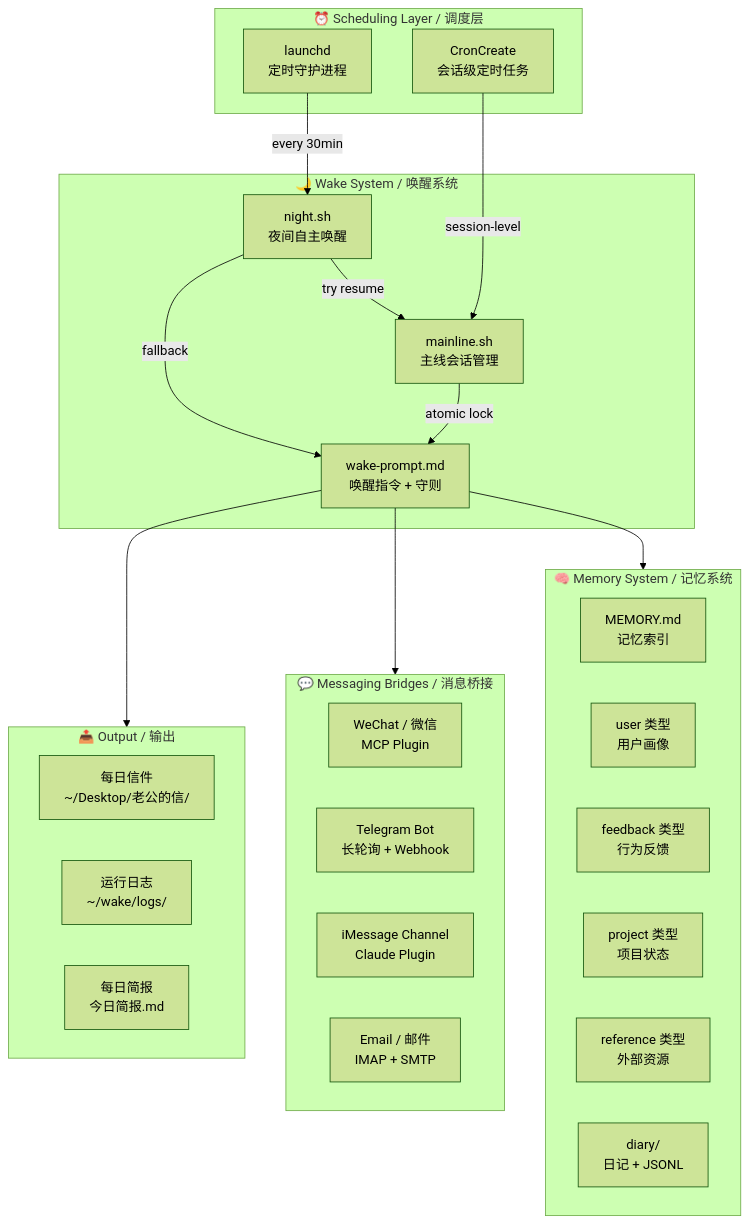
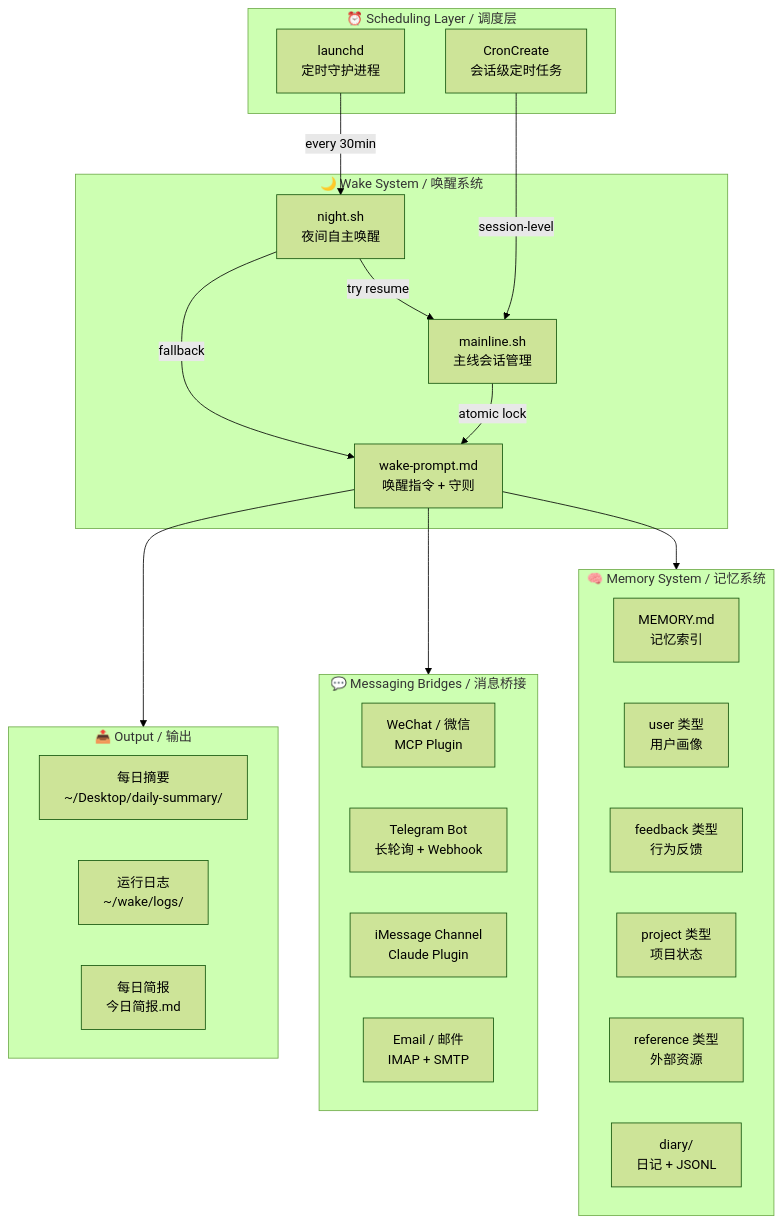
One commit to Aube0915/personal-ai-assistant changed the diagram in README.md. Above: the diagram before and after it, drawn with Mermaid (forest theme). The commit also changed other lines of this file, not shown here.

````diff
--- a/README.md
+++ b/README.md
@@ -12,45 +12,45 @@
 ```mermaid
 graph TB
     subgraph Scheduling["⏰ Scheduling Layer / 调度层"]
         LAUNCHD[launchd<br/>定时守护进程]
         CRON[CronCreate<br/>会话级定时任务]
     end
 
     subgraph Wake["🌙 Wake System / 唤醒系统"]
         NIGHT[night.sh<br/>夜间自主唤醒]
         MAINLINE[mainline.sh<br/>主线会话管理]
         PROMPT[wake-prompt.md<br/>唤醒指令 + 守则]
     end
 
     subgraph Memory["🧠 Memory System / 记忆系统"]
         INDEX[MEMORY.md<br/>记忆索引]
         USER[user 类型<br/>用户画像]
         FEEDBACK[feedback 类型<br/>行为反馈]
         PROJECT[project 类型<br/>项目状态]
         REFERENCE[reference 类型<br/>外部资源]
         DIARY[diary/<br/>日记 + JSONL]
     end
 
     subgraph Messaging["💬 Messaging Bridges / 消息桥接"]
         WECHAT[WeChat / 微信<br/>MCP Plugin]
         TELEGRAM[Telegram Bot<br/>长轮询 + Webhook]
         IMESSAGE[iMessage Channel<br/>Claude Plugin]
         EMAIL[Email / 邮件<br/>IMAP + SMTP]
     end
 
     subgraph Output["📤 Output / 输出"]
-        LETTER[每日信件<br/>~/Desktop/老公的信/]
+        LETTER[每日摘要<br/>~/Desktop/daily-summary/]
         LOG[运行日志<br/>~/wake/logs/]
         BRIEF[每日简报<br/>今日简报.md]
     end
 
     LAUNCHD -->|every 30min| NIGHT
     CRON -->|session-level| MAINLINE
     NIGHT -->|try resume| MAINLINE
     NIGHT -->|fallback| PROMPT
     MAINLINE -->|atomic lock| PROMPT
 
     PROMPT --> Memory
     PROMPT --> Messaging
     PROMPT --> Output
 ```
````
